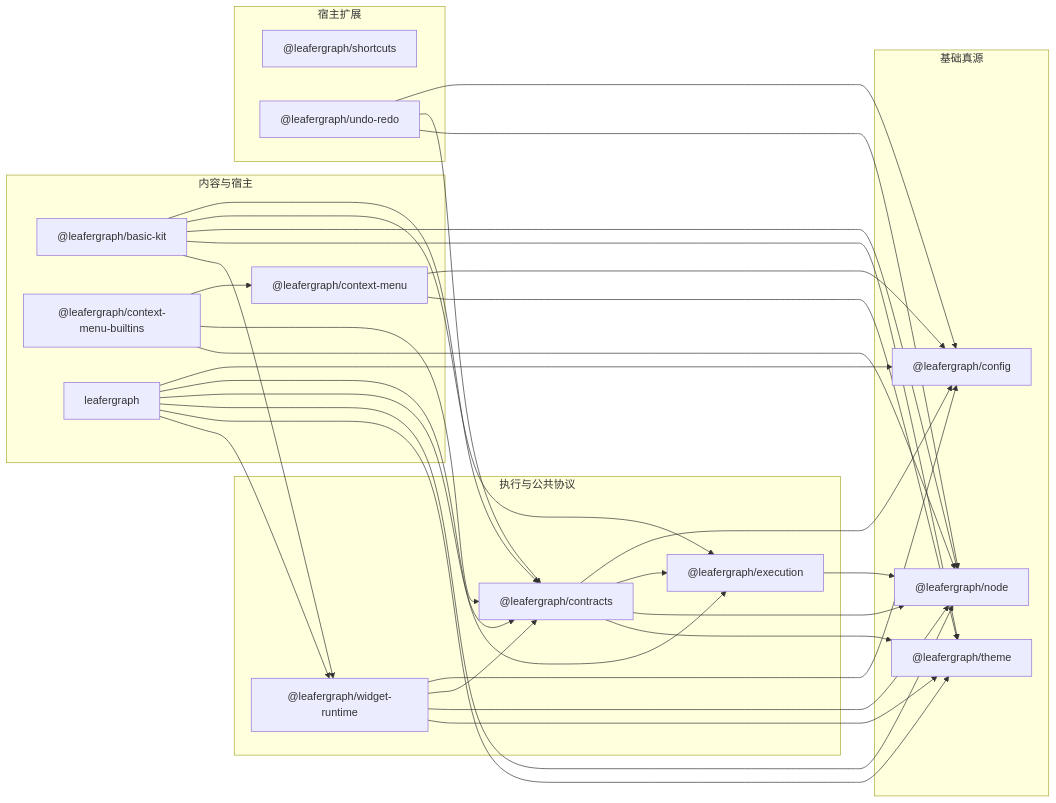
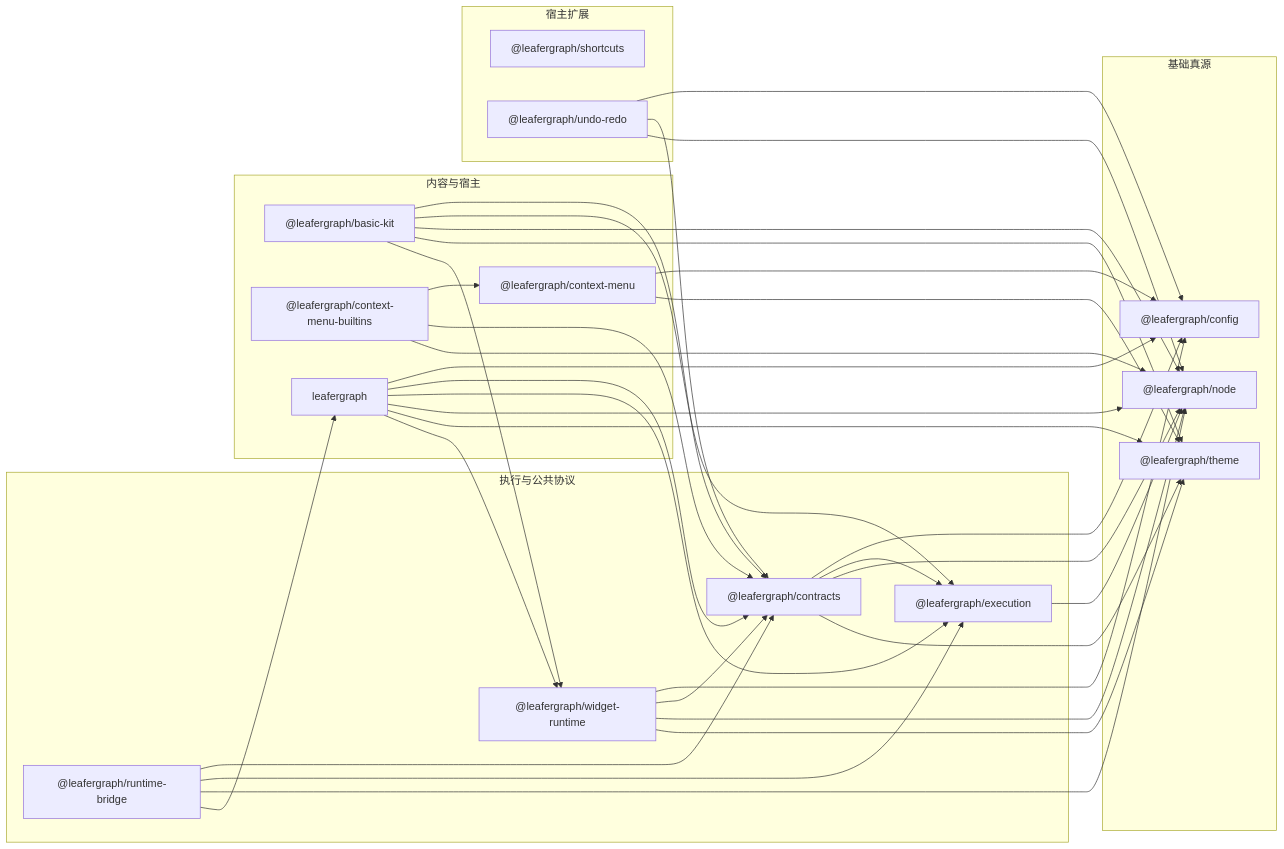
Before and after one commit to izumkineno/leafergraph: the diagram in README.md, drawn with Mermaid. The commit also changed other lines of this file and 27 other files, not shown here.

Commit message:
feat: add backend-first runtime bridge demo

````diff
--- a/README.md
+++ b/README.md
@@ -37,62 +38,68 @@
 ```mermaid
 flowchart LR
     subgraph foundation["基础真源"]
         nodePkg["@leafergraph/node"]
         themePkg["@leafergraph/theme"]
         configPkg["@leafergraph/config"]
     end
 
     subgraph protocol["执行与公共协议"]
         executionPkg["@leafergraph/execution"]
         contractsPkg["@leafergraph/contracts"]
+        runtimeBridgePkg["@leafergraph/runtime-bridge"]
         widgetRuntimePkg["@leafergraph/widget-runtime"]
     end
 
     subgraph host["内容与宿主"]
         basicKitPkg["@leafergraph/basic-kit"]
         contextMenuPkg["@leafergraph/context-menu"]
         contextMenuBuiltinsPkg["@leafergraph/context-menu-builtins"]
         leafergraphPkg["leafergraph"]
     end
 
     subgraph extensions["宿主扩展"]
         shortcutsPkg["@leafergraph/shortcuts"]
         undoRedoPkg["@leafergraph/undo-redo"]
     end
 
     executionPkg --> nodePkg
 
     contractsPkg --> configPkg
     contractsPkg --> executionPkg
     contractsPkg --> nodePkg
     contractsPkg --> themePkg
+
+    runtimeBridgePkg --> contractsPkg
+    runtimeBridgePkg --> executionPkg
+    runtimeBridgePkg --> nodePkg
+    runtimeBridgePkg --> leafergraphPkg
 
     widgetRuntimePkg --> configPkg
     widgetRuntimePkg --> contractsPkg
     widgetRuntimePkg --> nodePkg
     widgetRuntimePkg --> themePkg
 
     basicKitPkg --> contractsPkg
     basicKitPkg --> executionPkg
     basicKitPkg --> nodePkg
     basicKitPkg --> themePkg
     basicKitPkg --> widgetRuntimePkg
 
     contextMenuPkg --> configPkg
     contextMenuPkg --> themePkg
 
     contextMenuBuiltinsPkg --> contextMenuPkg
     contextMenuBuiltinsPkg --> contractsPkg
     contextMenuBuiltinsPkg --> nodePkg
 
     leafergraphPkg --> configPkg
     leafergraphPkg --> contractsPkg
     leafergraphPkg --> executionPkg
     leafergraphPkg --> nodePkg
     leafergraphPkg --> themePkg
     leafergraphPkg --> widgetRuntimePkg
 
     undoRedoPkg --> configPkg
     undoRedoPkg --> contractsPkg
     undoRedoPkg --> nodePkg
 ```
````
